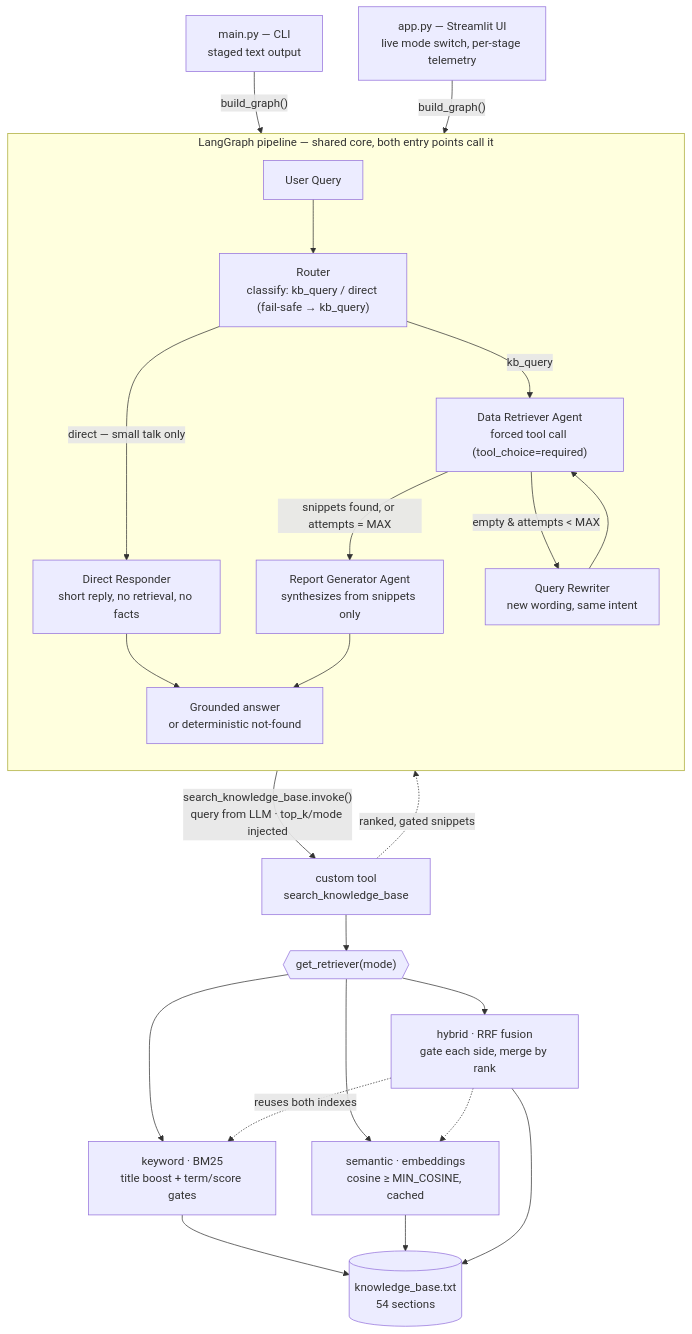
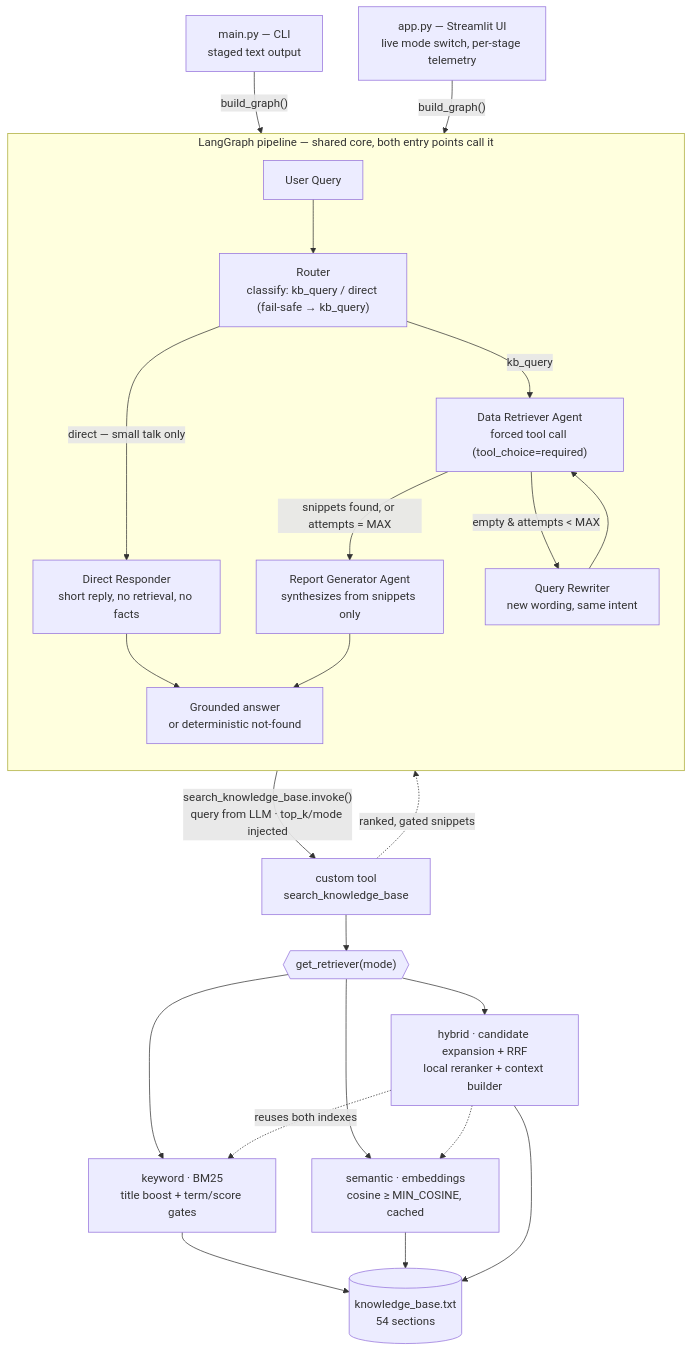
Before and after one commit to Sayomphon/Agentic-RAG-Assistant: the diagram in README.md, drawn with Mermaid. The commit also changed other lines of this file and 17 other files, not shown here.

````diff
--- a/README.md
+++ b/README.md
@@ -18,28 +18,28 @@
 ```mermaid
 flowchart TB
     CLI["main.py — CLI<br/>staged text output"]
     UI["app.py — Streamlit UI<br/>live mode switch, per-stage telemetry"]
     CLI & UI -->|"build_graph()"| BG
 
     subgraph BG["LangGraph pipeline — shared core, both entry points call it"]
       direction TB
       Q[User Query] --> RT["Router<br/>classify: kb_query / direct (fail-safe → kb_query)"]
       RT -->|"direct — small talk only"| DIR["Direct Responder<br/>short reply, no retrieval, no facts"]
       RT -->|kb_query| R["Data Retriever Agent<br/>forced tool call (tool_choice=required)"]
       R -->|"snippets found, or attempts = MAX"| GEN["Report Generator Agent<br/>synthesizes from snippets only"]
       R -->|"empty & attempts < MAX"| RW["Query Rewriter<br/>new wording, same intent"]
       RW --> R
       GEN --> OUT["Grounded answer<br/>or deterministic not-found"]
       DIR --> OUT
     end
 
     R -->|"search_knowledge_base.invoke()<br/>query from LLM · top_k/mode injected"| T["custom tool<br/>search_knowledge_base"]
     T --> F{{"get_retriever(mode)"}}
     F --> K["keyword · BM25<br/>title boost + term/score gates"]
     F --> S["semantic · embeddings<br/>cosine ≥ MIN_COSINE, cached"]
-    F --> H["hybrid · RRF fusion<br/>gate each side, merge by rank"]
+    F --> H["hybrid · candidate expansion + RRF<br/>local reranker + context builder"]
     H -. "reuses both indexes" .-> K
     H -.-> S
     K & S & H --> KB[("knowledge_base.txt<br/>54 sections")]
     T -. "ranked, gated snippets" .-> R
 ```
````
